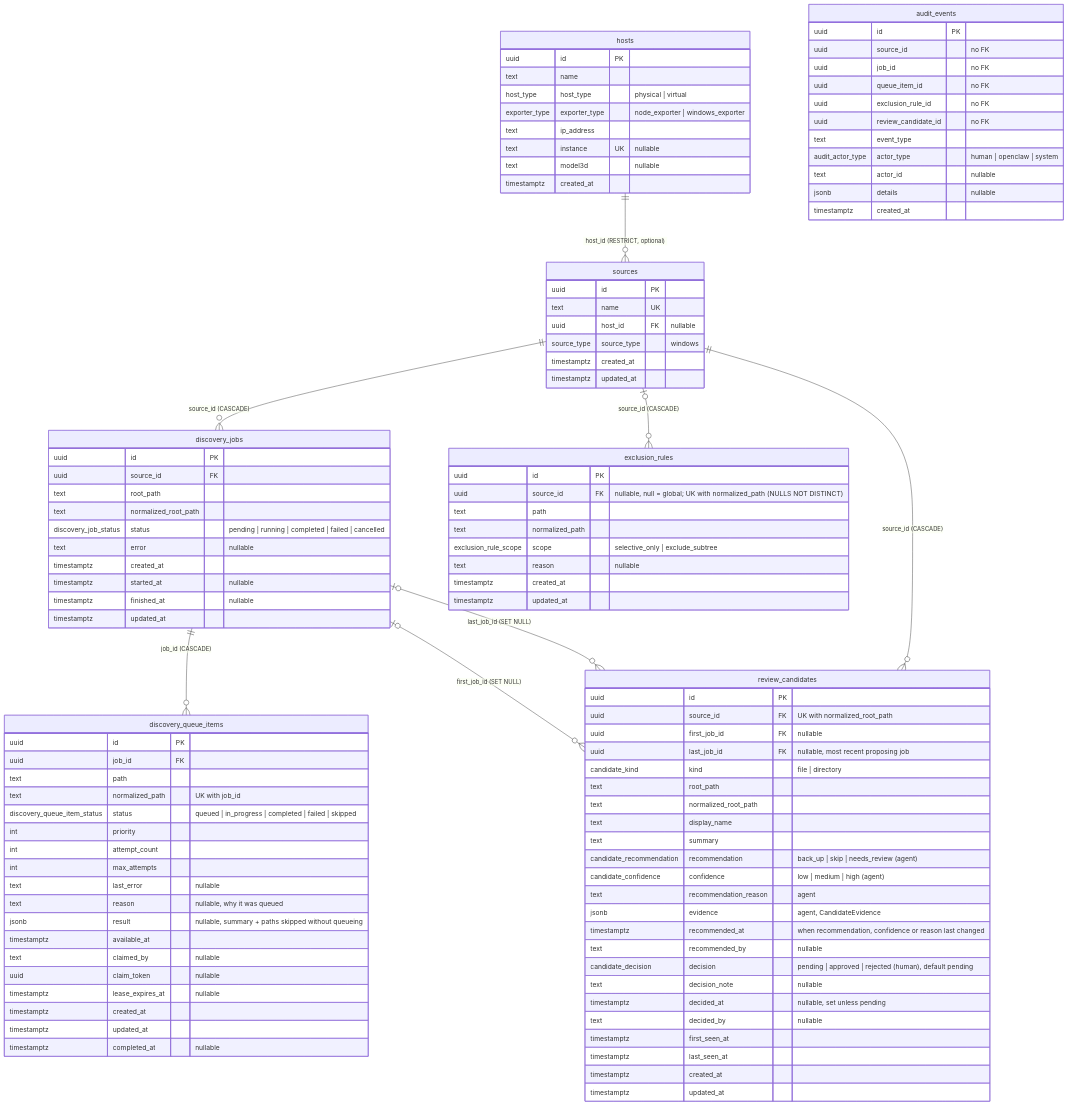
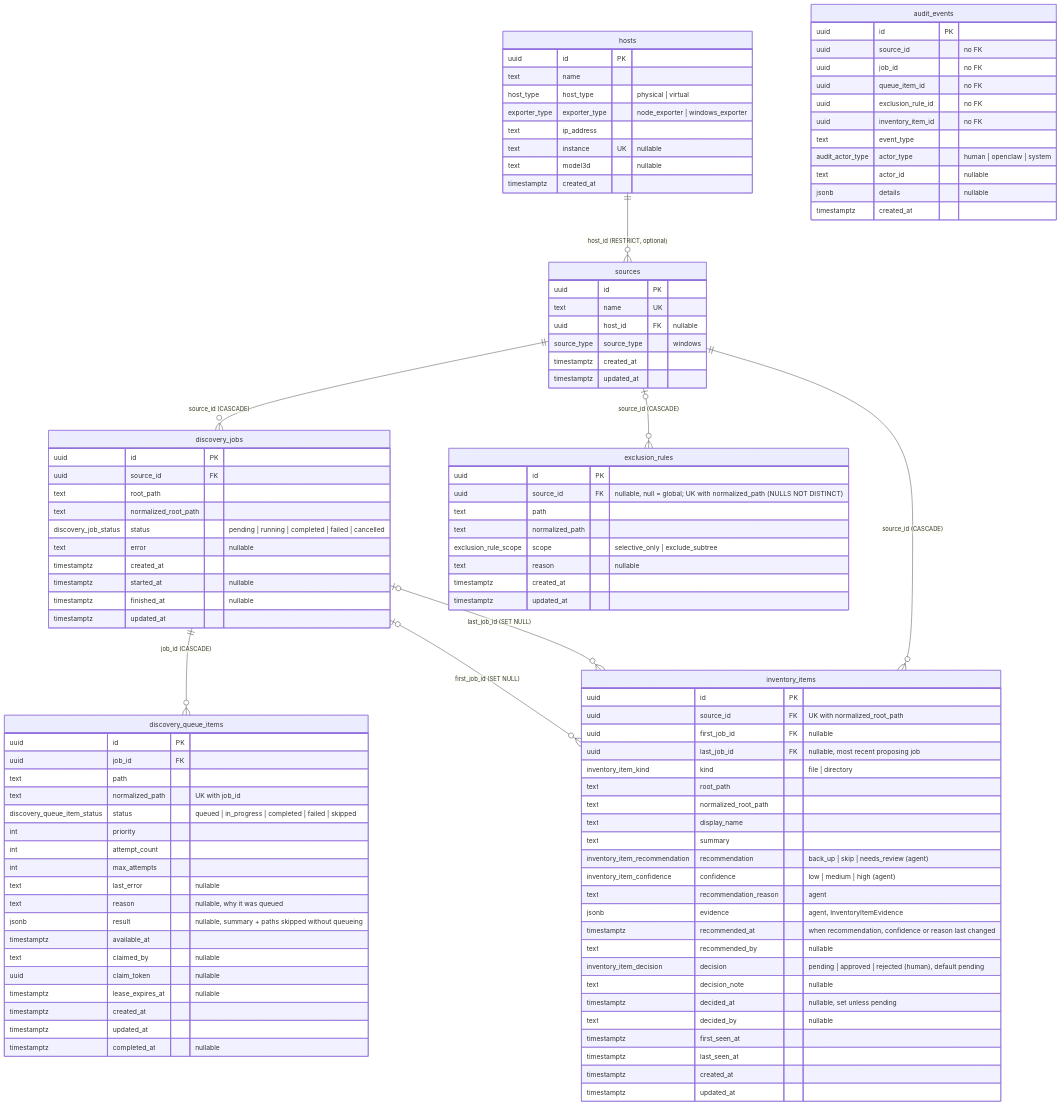
Before and after one commit to pbabbott/home-web-apps: the diagram in packages/homelab-db/ERD.md, drawn with Mermaid. The commit also changed other lines of this file and 61 other files, not shown here.

First line of the commit message:
refactor(exodus): rename review candidates to inventory items

```diff
--- a/packages/homelab-db/ERD.md
+++ b/packages/homelab-db/ERD.md
@@ -8,9 +8,9 @@
     sources ||--o{ discovery_jobs : "source_id (CASCADE)"
     discovery_jobs ||--o{ discovery_queue_items : "job_id (CASCADE)"
     sources |o--o{ exclusion_rules : "source_id (CASCADE)"
-    sources ||--o{ review_candidates : "source_id (CASCADE)"
-    discovery_jobs |o--o{ review_candidates : "first_job_id (SET NULL)"
-    discovery_jobs |o--o{ review_candidates : "last_job_id (SET NULL)"
+    sources ||--o{ inventory_items : "source_id (CASCADE)"
+    discovery_jobs |o--o{ inventory_items : "first_job_id (SET NULL)"
+    discovery_jobs |o--o{ inventory_items : "last_job_id (SET NULL)"
 
     hosts {
         uuid id PK
@@ -66,23 +66,23 @@
         timestamptz completed_at "nullable"
     }
 
-    review_candidates {
+    inventory_items {
         uuid id PK
         uuid source_id FK "UK with normalized_root_path"
         uuid first_job_id FK "nullable"
         uuid last_job_id FK "nullable, most recent proposing job"
-        candidate_kind kind "file | directory"
+        inventory_item_kind kind "file | directory"
         text root_path
         text normalized_root_path
         text display_name
         text summary
-        candidate_recommendation recommendation "back_up | skip | needs_review (agent)"
-        candidate_confidence confidence "low | medium | high (agent)"
+        inventory_item_recommendation recommendation "back_up | skip | needs_review (agent)"
+        inventory_item_confidence confidence "low | medium | high (agent)"
         text recommendation_reason "agent"
-        jsonb evidence "agent, CandidateEvidence"
+        jsonb evidence "agent, InventoryItemEvidence"
         timestamptz recommended_at "when recommendation, confidence or reason last changed"
         text recommended_by "nullable"
-        candidate_decision decision "pending | approved | rejected (human), default pending"
+        inventory_item_decision decision "pending | approved | rejected (human), default pending"
         text decision_note "nullable"
         timestamptz decided_at "nullable, set unless pending"
         text decided_by "nullable"
@@ -109,7 +109,7 @@
         uuid job_id "no FK"
         uuid queue_item_id "no FK"
         uuid exclusion_rule_id "no FK"
-        uuid review_candidate_id "no FK"
+        uuid inventory_item_id "no FK"
         text event_type
         audit_actor_type actor_type "human | openclaw | system"
         text actor_id "nullable"
```
